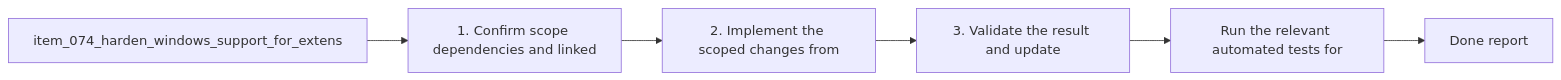
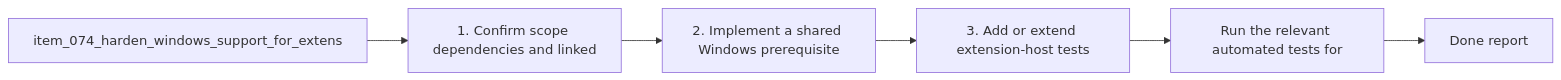
Before and after one commit to AlexAgo83/logics-manager: the diagram in logics/tasks/task_076_harden_windows_support_for_extension_workflow_actions_and_runtime_detection.md, drawn with Mermaid. The commit also changed other lines of this file and 481 other files, not shown here.

````diff
--- a/logics/tasks/task_076_harden_windows_support_for_extension_workflow_actions_and_runtime_detection.md
+++ b/logics/tasks/task_076_harden_windows_support_for_extension_workflow_actions_and_runtime_detection.md
@@ -19,10 +20,10 @@
 ```mermaid
 %% logics-kind: task
 %% logics-signature: task|harden-windows-support-for-extension-wor|item-074-harden-windows-support-for-exte|1-confirm-scope-dependencies-and-linked|run-the-relevant-automated-tests-for
 flowchart LR
     Backlog[item_074_harden_windows_support_for_extens] --> Step1[1. Confirm scope dependencies and linked]
-    Step1 --> Step2[2. Implement the scoped changes from]
-    Step2 --> Step3[3. Validate the result and update]
+    Step1 --> Step2[2. Implement a shared Windows prerequisite]
+    Step2 --> Step3[3. Add or extend extension-host tests]
     Step3 --> Validation[Run the relevant automated tests for]
     Validation --> Report[Done report]
 ```
````
